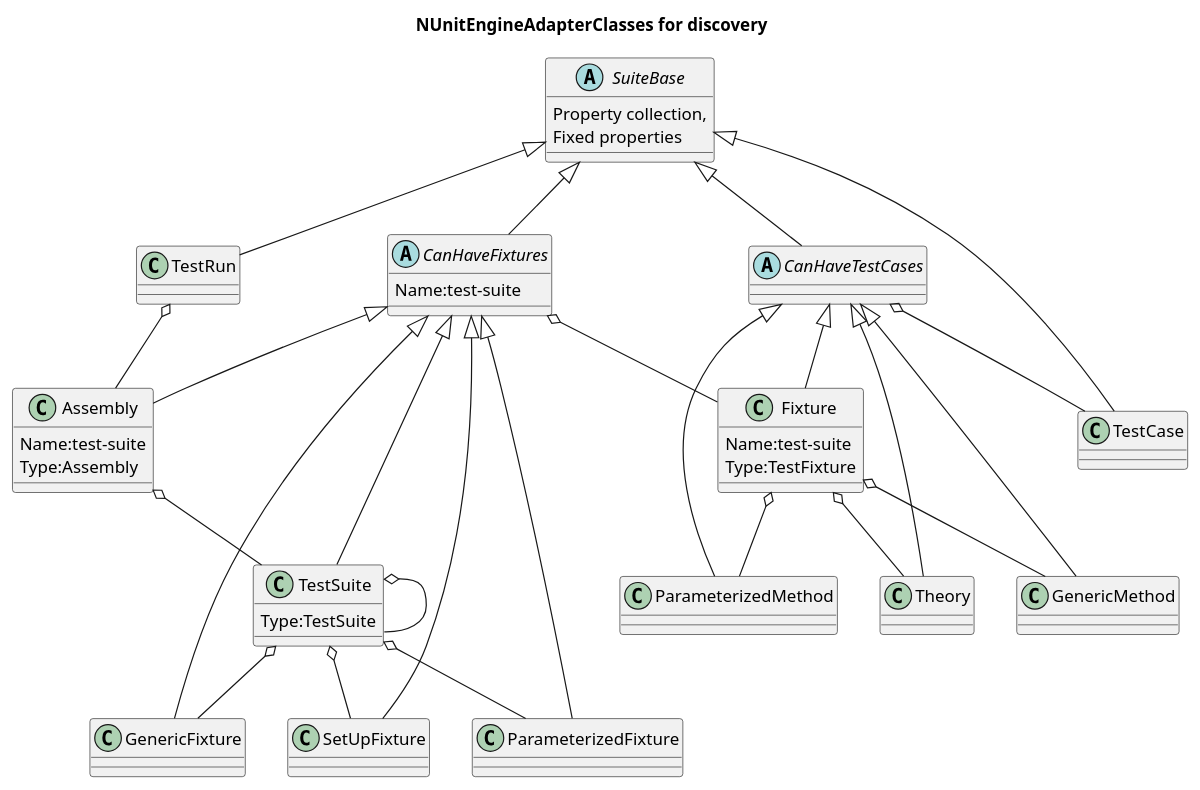
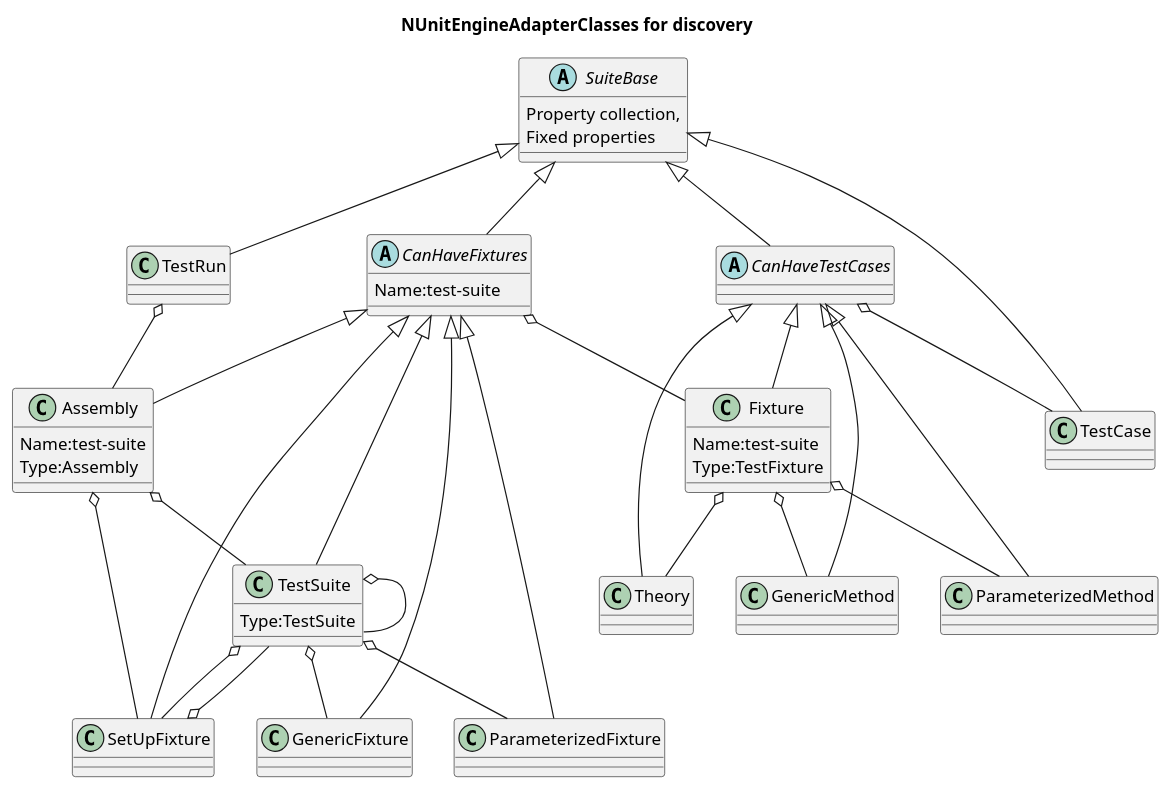
One commit to nunit/nunit3-vs-adapter changed the diagram in src/NUnitTestAdapter/NUnitEngine/EngineAdapterClasses.plantuml. Above: the diagram before and after it, drawn with PlantUML. The commit also changed 2 other files, not shown here.

```diff
--- a/src/NUnitTestAdapter/NUnitEngine/EngineAdapterClasses.plantuml
+++ b/src/NUnitTestAdapter/NUnitEngine/EngineAdapterClasses.plantuml
@@ -1,59 +1,61 @@
 @startuml
 title NUnitEngineAdapterClasses for discovery
    CanHaveFixtures <|-- TestSuite
    SuiteBase <|-- CanHaveTestCases
    SuiteBase <|-- CanHaveFixtures
    SuiteBase <|-- TestRun
    CanHaveTestCases <|-- Fixture
    SuiteBase <|-- TestCase
    CanHaveTestCases <|-- ParameterizedMethod
    CanHaveFixtures <|-- GenericFixture
    CanHaveFixtures <|-- SetUpFixture
    CanHaveTestCases <|-- Theory
    TestSuite o-- GenericFixture
    TestSuite o-- TestSuite
    Fixture o-- ParameterizedMethod
    CanHaveTestCases o-- TestCase
    CanHaveFixtures o-- Fixture
    CanHaveFixtures <|-- ParameterizedFixture
    CanHaveFixtures <|-- Assembly
    TestSuite o-- ParameterizedFixture
    TestSuite o-- SetUpFixture
    Assembly o-- TestSuite
+   Assembly o-- SetUpFixture
    Fixture o-- Theory
    Fixture o-- GenericMethod
    CanHaveTestCases <|-- GenericMethod
    TestRun o-- Assembly
+   SetUpFixture o-- TestSuite
    
 abstract class SuiteBase {
    Property collection,
    Fixed properties
 }
 
 abstract class CanHaveTestCases {
    
 
 }
 
 abstract class CanHaveFixtures {
    Name:test-suite
 }
 
 class Assembly
 {
    Name:test-suite
    Type:Assembly
 }
 
 class TestSuite{
    Type:TestSuite
 }
 
 class Fixture{
    Name:test-suite
    Type:TestFixture
 }
 
 
    
 @enduml
```
